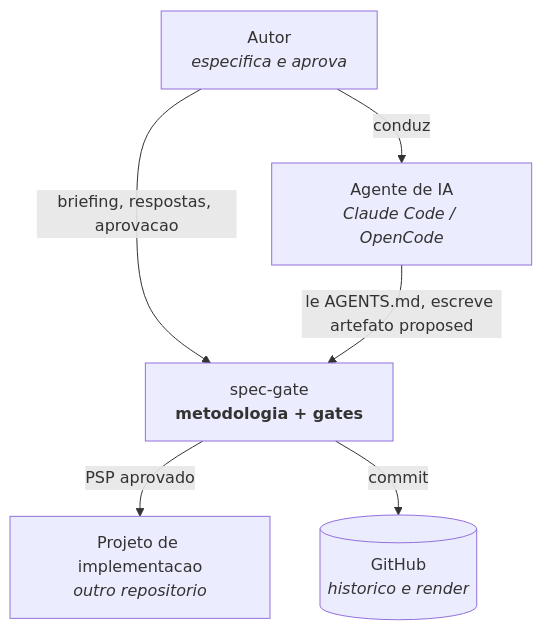
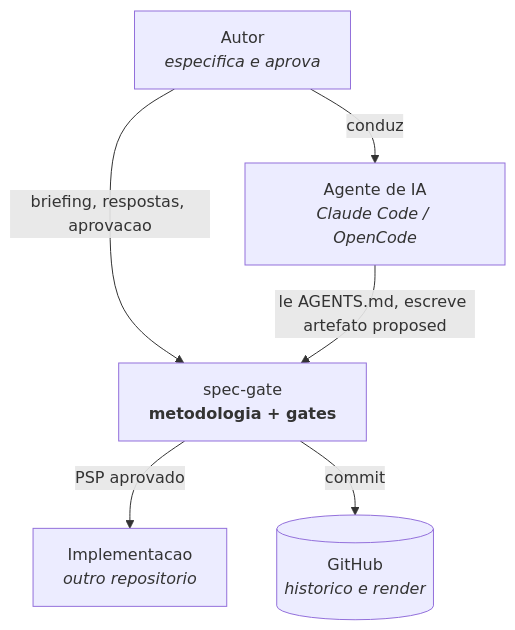
Before and after one commit to giovane-carvalho-reis/spec-gate: the first of 2 diagrams in projects/spec-gate/architecture.md, drawn with Mermaid. The commit also changed other lines of this file and 39 other files, not shown here.

````diff
--- a/projects/spec-gate/architecture.md
+++ b/projects/spec-gate/architecture.md
@@ -7,14 +7,14 @@
 ```mermaid
 flowchart TD
     A[Autor<br/><i>especifica e aprova</i>]
     AG[Agente de IA<br/><i>Claude Code / OpenCode</i>]
     S[spec-gate<br/><b>metodologia + gates</b>]
-    IMP[Projeto de implementacao<br/><i>outro repositorio</i>]
+    IMP[Implementacao<br/><i>outro repositorio</i>]
     GH[(GitHub<br/><i>historico e render</i>)]
 
     A -->|briefing, respostas, aprovacao| S
     A -->|conduz| AG
     AG -->|le AGENTS.md, escreve artefato proposed| S
     S -->|PSP aprovado| IMP
     S -->|commit| GH
 ```
````
